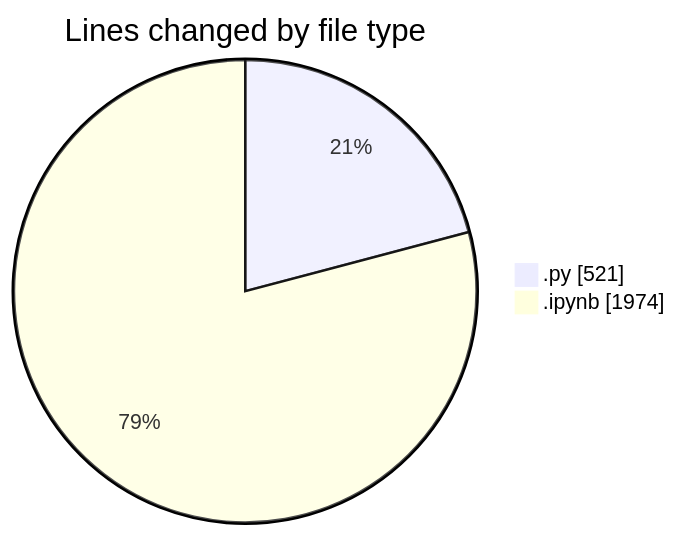
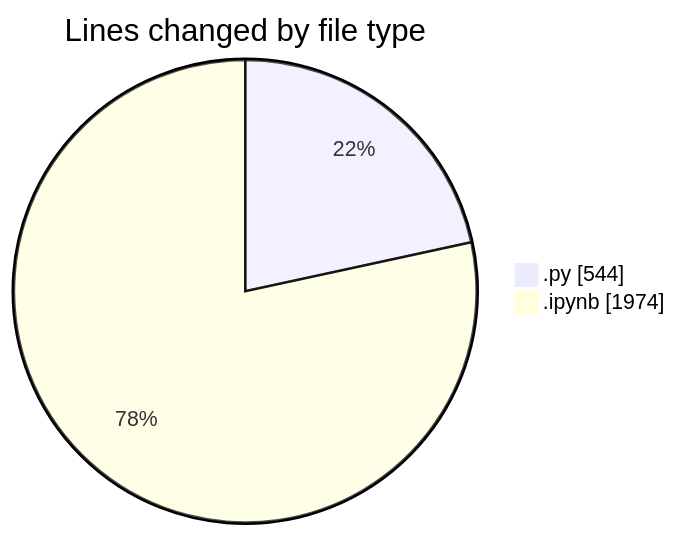
One commit to MatusMokan/code-tracking changed the first of 2 diagrams in 2025-03-21/myws__workspace_/README.md. Above: the diagram before and after it, drawn with Mermaid. The commit also changed other lines of this file and 1 other file, not shown here.

````diff
--- a/2025-03-21/myws__workspace_/README.md
+++ b/2025-03-21/myws__workspace_/README.md
@@ -21,6 +21,6 @@
 ```mermaid
 pie showData
 title Lines changed by file type
-".py" : 521
+".py" : 544
 ".ipynb" : 1974
 ```
````
